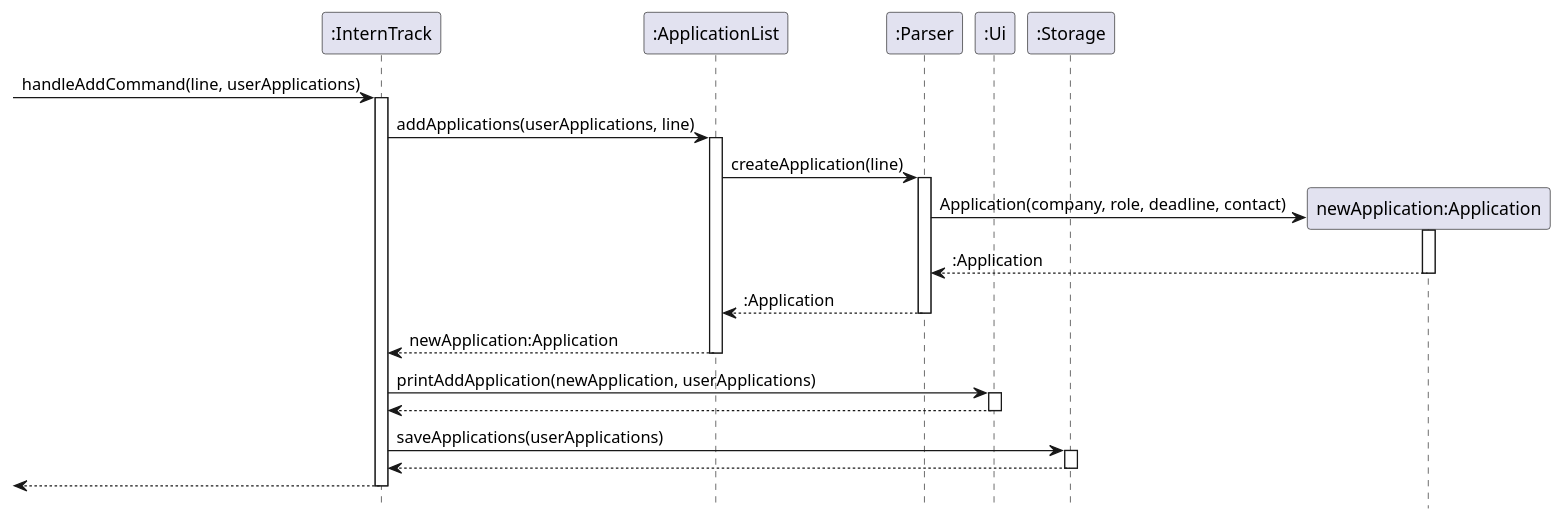
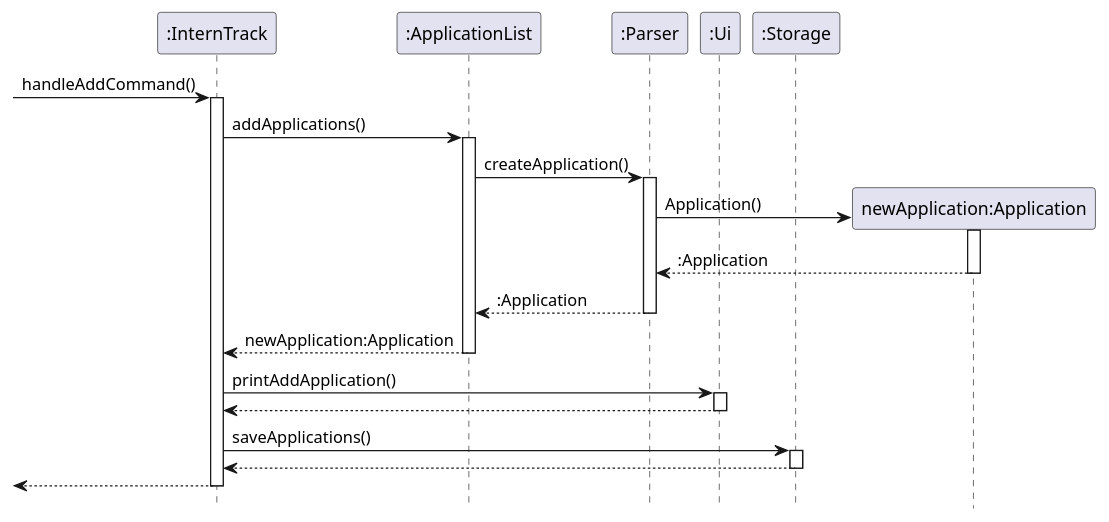
Before and after one commit to hykzr/tp: the diagram in docs/diagrams/add_sequence_diag.puml, drawn with PlantUML. The commit also changed 4 other files, not shown here.

Commit message:
Simplify and declutter diagrams in DG

```diff
--- a/docs/diagrams/add_sequence_diag.puml
+++ b/docs/diagrams/add_sequence_diag.puml
@@ -1,44 +1,44 @@
 @startuml
 hide footbox
 
 participant ":InternTrack" as InternTrack
 participant ":ApplicationList" as ApplicationList
 participant ":Parser" as Parser
 participant ":Ui" as Ui
 participant ":Storage" as Storage
 
-[-> InternTrack : handleAddCommand(line, userApplications)
+[-> InternTrack : handleAddCommand()
 activate InternTrack
 
-InternTrack -> ApplicationList : addApplications(userApplications, line)
+InternTrack -> ApplicationList : addApplications()
 activate ApplicationList
 
-ApplicationList -> Parser : createApplication(line)
+ApplicationList -> Parser : createApplication()
 activate Parser
 
 create "newApplication:Application" as Application
-Parser -> Application : Application(company, role, deadline, contact)
+Parser -> Application : Application()
 activate Application
 Application --> Parser ::Application
 deactivate Application
 
 Parser --> ApplicationList : :Application
 deactivate Parser
 
 ApplicationList --> InternTrack : newApplication:Application
 deactivate ApplicationList
 
-InternTrack -> Ui : printAddApplication(newApplication, userApplications)
+InternTrack -> Ui : printAddApplication()
 activate Ui
 Ui --> InternTrack
 deactivate Ui
 
-InternTrack -> Storage : saveApplications(userApplications)
+InternTrack -> Storage : saveApplications()
 activate Storage
 Storage --> InternTrack
 deactivate Storage
 
 [<-- InternTrack
 deactivate InternTrack
 
 @enduml
```
